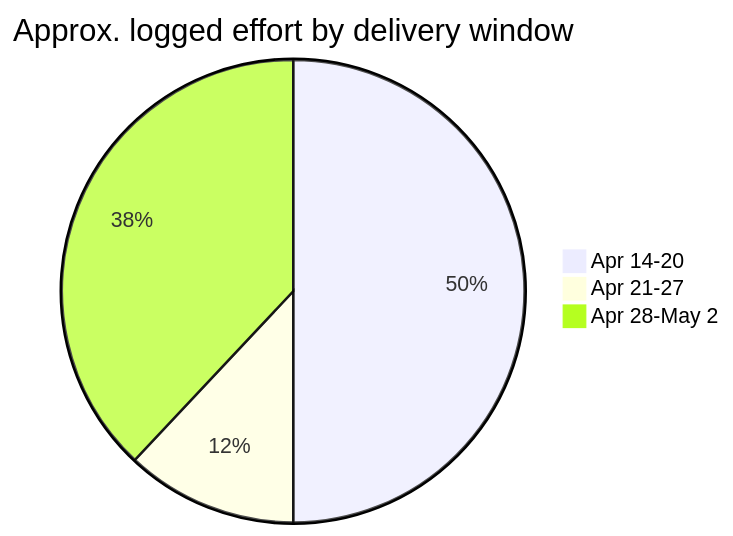
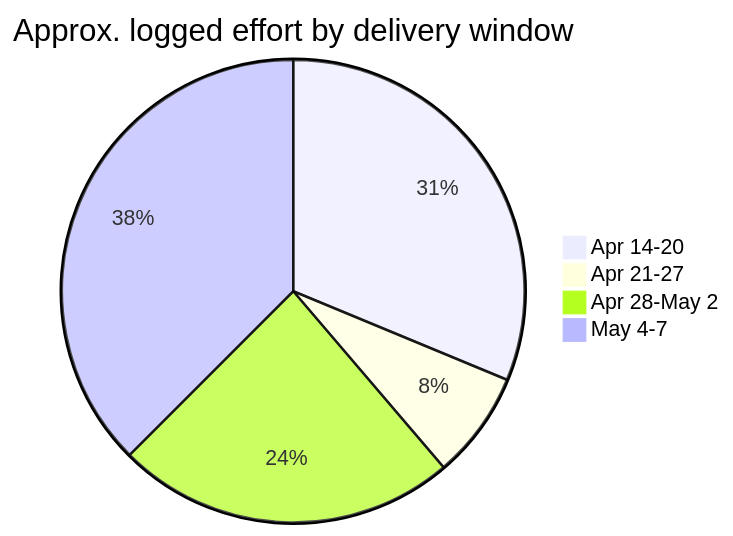
One commit to DK-Digital-Designs/skiip changed the first of 3 diagrams in docs/phase-5/PHASE_5_MOMENTUM_UPDATE.md. Above: the diagram before and after it, drawn with Mermaid. The commit also changed other lines of this file and 15 other files, not shown here.

````diff
--- a/docs/phase-5/PHASE_5_MOMENTUM_UPDATE.md
+++ b/docs/phase-5/PHASE_5_MOMENTUM_UPDATE.md
@@ -13,6 +13,7 @@
 ```mermaid
 pie title Approx. logged effort by delivery window
     "Apr 14-20" : 12.5
     "Apr 21-27" : 3.0
     "Apr 28-May 2" : 9.5
+    "May 4-7" : 15.0
 ```
````
